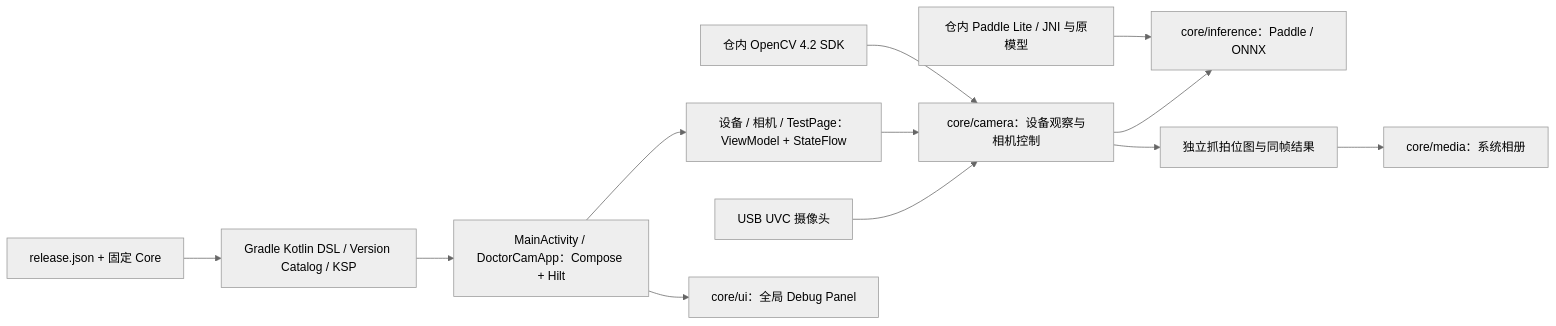
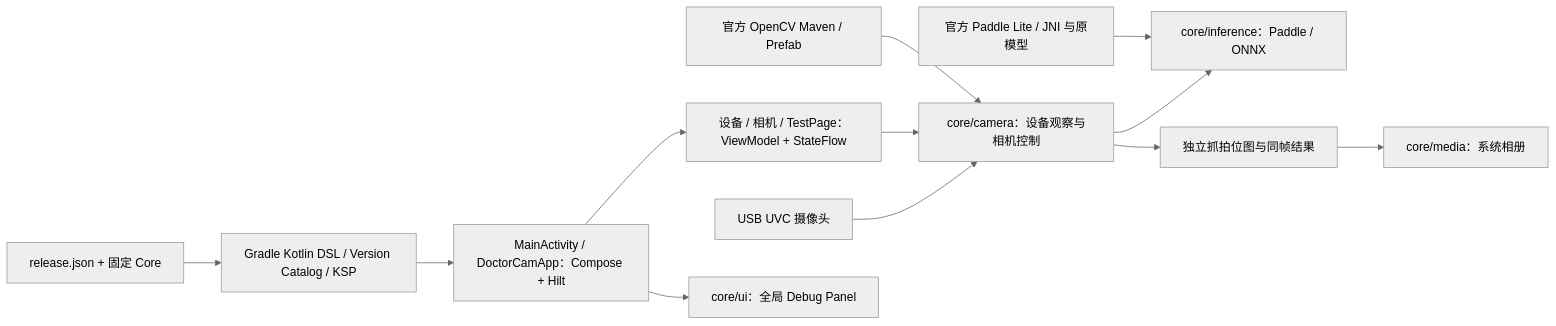
The diagram in README.md (darren-you/doctor-cam), drawn with Mermaid (neutral theme) before and after one commit. The commit also changed other lines of this file and 460 other files, not shown here.

First line of the commit message:
删除未引用的 Paddle Java SDK、OpenCV 非目标 ABI 与旧构建入口及已跟踪发布残留，共三十四个文件约九十一 MiB

````diff
--- a/README.md
+++ b/README.md
@@ -17,14 +17,14 @@
 ```mermaid
 flowchart LR
     build[Gradle Kotlin DSL / Version Catalog / KSP] --> app[MainActivity / DoctorCamApp：Compose + Hilt]
     app --> features[设备 / 相机 / TestPage：ViewModel + StateFlow]
     devices[USB UVC 摄像头] --> camera[core/camera：设备观察与相机控制]
     features --> camera
     camera --> inference[core/inference：Paddle / ONNX]
-    opencv[仓内 OpenCV 4.2 SDK] --> camera
-    paddle[仓内 Paddle Lite / JNI 与原模型] --> inference
+    opencv[官方 OpenCV Maven / Prefab] --> camera
+    paddle[官方 Paddle Lite / JNI 与原模型] --> inference
     camera --> frame[独立抓拍位图与同帧结果]
     frame --> media[core/media：系统相册]
     app --> debug[core/ui：全局 Debug Panel]
     version[release.json + 固定 Core] --> build
 ```
````
